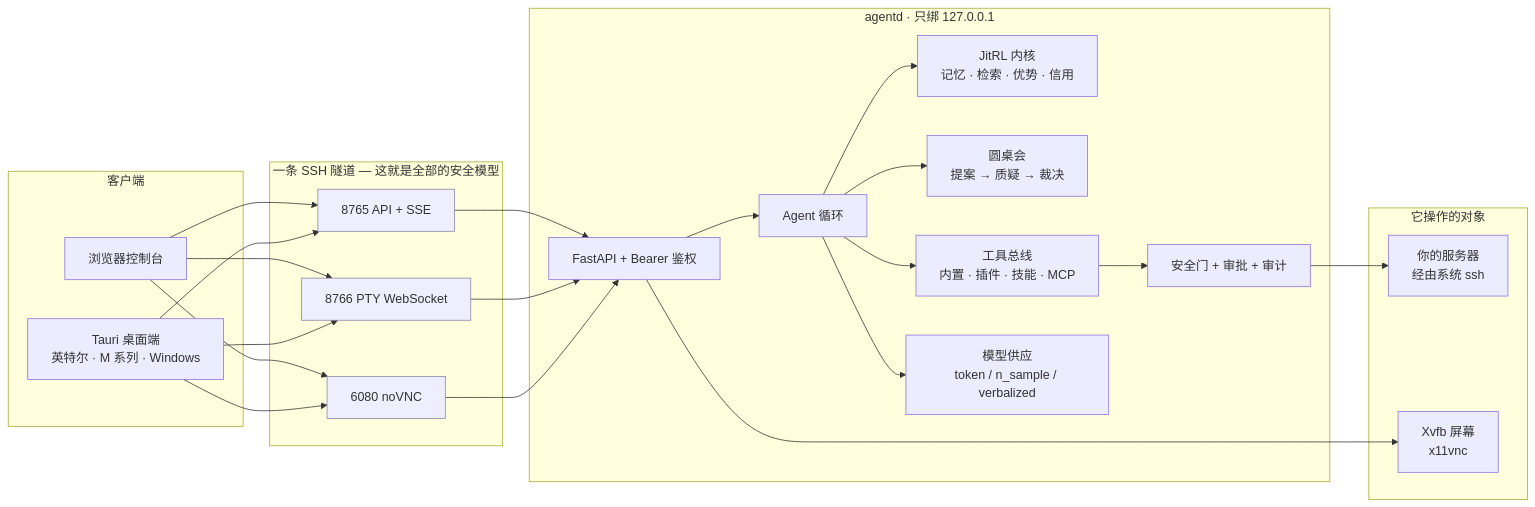
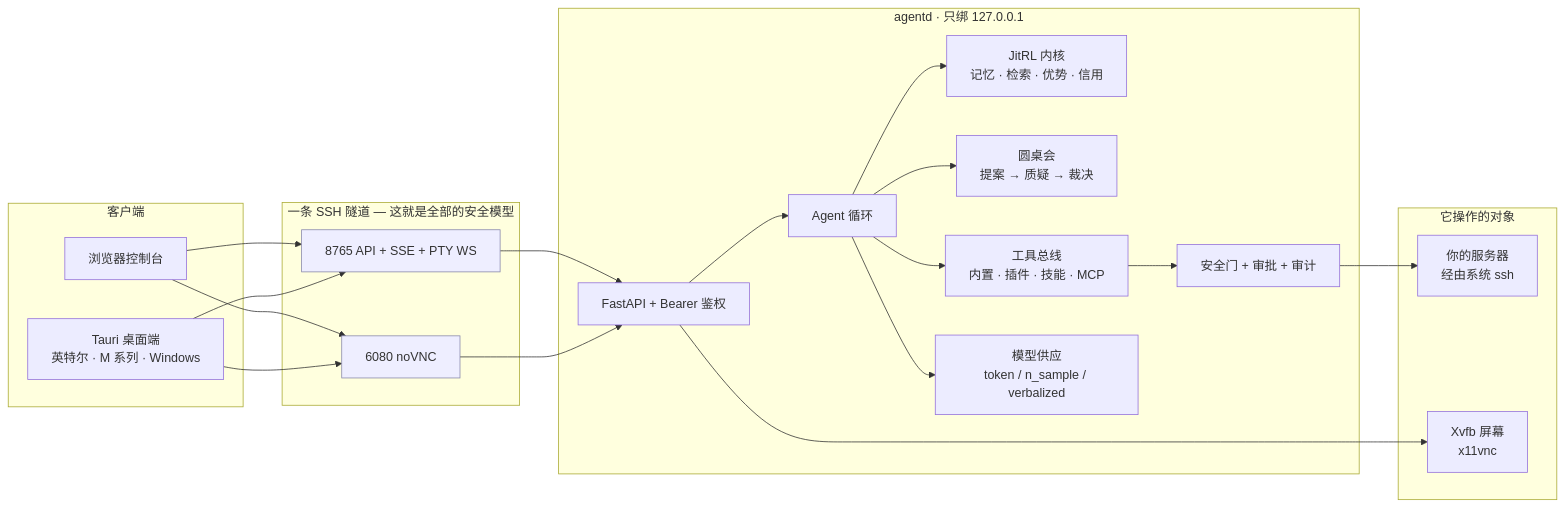
One commit to hue913/agentd changed the diagram in README.zh-CN.md. Above: the diagram before and after it, drawn with Mermaid. The commit also changed other lines of this file and 41 other files, not shown here.

````diff
--- a/README.zh-CN.md
+++ b/README.zh-CN.md
@@ -272,30 +272,29 @@
 ```mermaid
 flowchart LR
     subgraph clients [客户端]
         B[浏览器控制台]
         D[Tauri 桌面端<br/>英特尔 · M 系列 · Windows]
     end
     subgraph tunnel [一条 SSH 隧道 — 这就是全部的安全模型]
-        T1[8765 API + SSE]:::p
-        T2[8766 PTY WebSocket]:::p
-        T3[6080 noVNC]:::p
+        T1[8765 API + SSE + PTY WS]:::p
+        T2[6080 noVNC]:::p
     end
     subgraph agentd [agentd · 只绑 127.0.0.1]
         API[FastAPI + Bearer 鉴权]
         LOOP[Agent 循环]
         KERNEL[JitRL 内核<br/>记忆 · 检索 · 优势 · 信用]
         COUNCIL[圆桌会<br/>提案 → 质疑 → 裁决]
         BUS[工具总线<br/>内置 · 插件 · 技能 · MCP]
         GATE[安全门 + 审批 + 审计]
         PROV[模型供应<br/>token / n_sample / verbalized]
     end
     subgraph targets [它操作的对象]
         SSH1[你的服务器<br/>经由系统 ssh]
         SCR[Xvfb 屏幕<br/>x11vnc]
     end
-    B & D --> T1 & T2 & T3 --> API --> LOOP
+    B & D --> T1 & T2 --> API --> LOOP
     LOOP --> KERNEL & COUNCIL & PROV
     LOOP --> BUS --> GATE --> SSH1
     API --> SCR
     classDef p fill:#eef,stroke:#88a;
 ```
````
